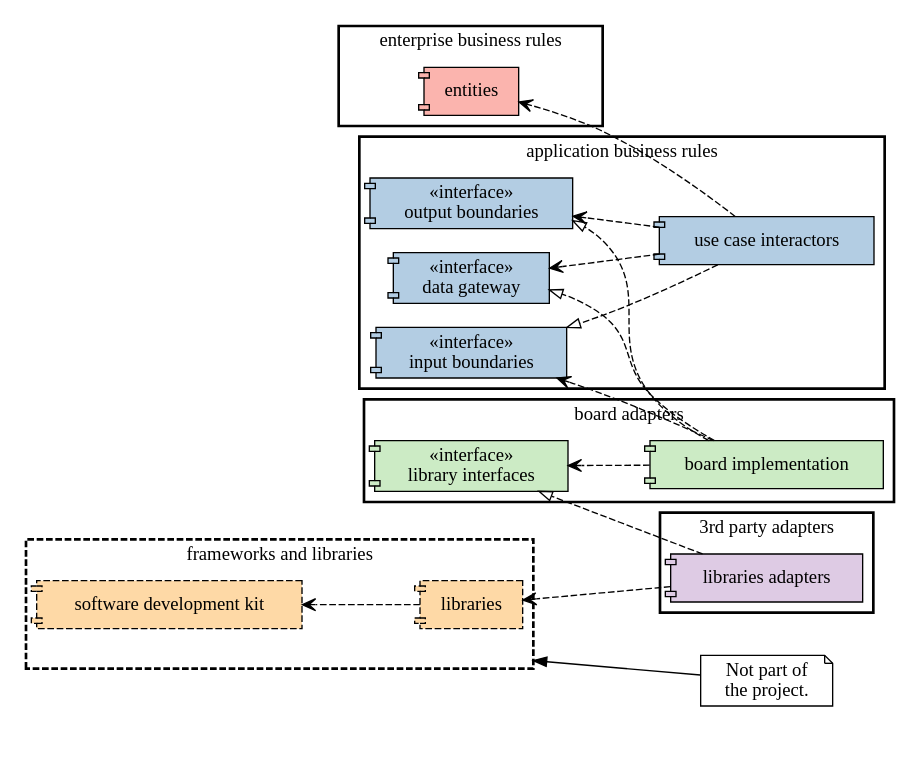
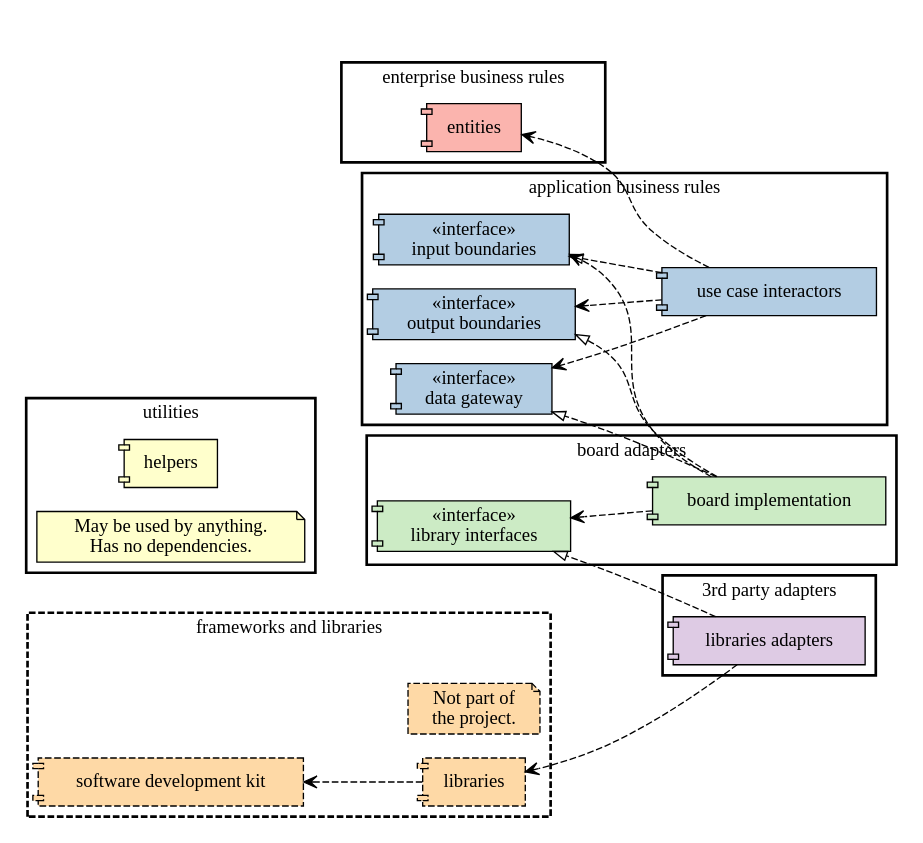
The diagram in doc/component_architecture.dot (Task-Tracker-Systems/Task-Tracker-Device), drawn with Graphviz before and after one commit. The commit also changed 1 other file, not shown here.

Commit message:
Add utilities package to software architecture.

```diff
--- a/doc/component_architecture.dot
+++ b/doc/component_architecture.dot
@@ -1,106 +1,119 @@
 digraph component_architecture {
   compound=true;
   rankdir="RL";
   style="bold"
   
   node [shape="component"];
   node [colorscheme="pastel19"];
   
     {
         // package 'application'
         node [fillcolor="2", style="filled"];
         
         subgraph cluster_app {
             label = "application business rules";
             URL = "\ref application_business_rules";
+            app[shape=point style=invis];
         
             output_boundaries [label="«interface»\n output boundaries"]
             use_cases [label="use case interactors"]
             input_boundaries [label="«interface»\n input boundaries"]
             data_interface [label="«interface»\n data gateway"]
+        }
+    }
+    
+    {
+        // package 'utilities'
+        node [fillcolor="6", style="filled"];
+        
+        subgraph cluster_util {
+            label = "utilities";
+            URL = "\ref utilities";
+            helpers;
+            n2 [label="May be used by anything.\n Has no dependencies.", shape="note"]
         }
     }
     
     {
         // package 'enterprise business rules'
         node [fillcolor="1", style="filled"];
         
         subgraph cluster_ebr {
             label = "enterprise business rules";
             URL = "\ref enterprise_business_rules";
             entities;
         }
     }
   
     {
         // package 'frameworks and libraries'
         node [fillcolor="5", style="filled, dashed"];
         
         subgraph cluster_thirdparty {
             label = "frameworks and libraries";
             style="bold,dashed";
             thirdparty[shape=point style=invis];
+            n1 [label="Not part of\nthe project.", shape="note"]
            
             sdk [label="software development kit"]
             libraries;
         }
-    }
-    
-    subgraph clusterX_margin
-    {
-        style=invis
-        margin="20.0,0.0"
-        n1 [label="Not part of\nthe project.", shape="note"]
-        n1 -> thirdparty [lhead="cluster_thirdparty"];
     }
   
     {
         // package 'interface adapters'
         node [fillcolor="4", style="filled"];
         
         subgraph cluster_ia {
             label = "3rd party adapters";
             URL = "\ref third_party_adapters";
             liberaries_adapters [label="libraries adapters"];
         };
     }
   
     {
         // package 'board adapters'
         node [fillcolor="3", style="filled"];
         
         subgraph cluster_board {
             label = "board adapters";
             URL = "\ref board_adapters";
+            board[shape=point style=invis];
         
             // controllers, presenters, views;
             library_interfaces [label="«interface»\n library interfaces"]
             board_impl [label="board implementation"]
         }
     }
     
     {
         // associations
         edge [style="dashed"];
         {
             // dependencies
             edge [arrowhead="vee"];
             use_cases -> entities;
             use_cases -> output_boundaries;
             board_impl -> input_boundaries;
             board_impl -> library_interfaces;
             use_cases -> data_interface;
             
             libraries -> sdk;
             liberaries_adapters -> libraries;
+            
+            entities -> helpers [style=invis];
+            thirdparty -> helpers [style=invis];
+            app -> helpers [style=invis];
+            board -> helpers [style=invis];
+            liberaries_adapters -> helpers [style=invis];
         }
         {
             // realizations
             edge [arrowhead="onormal"];
             use_cases -> input_boundaries;
             board_impl -> output_boundaries;
             liberaries_adapters -> library_interfaces;
             board_impl -> data_interface;
         }
     }
 }
```
